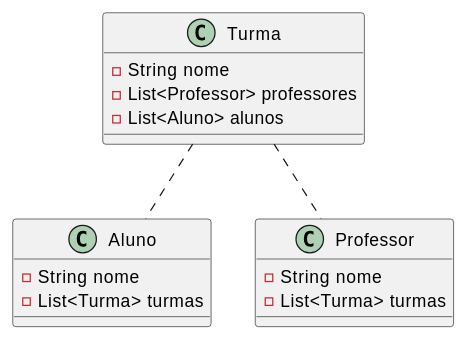
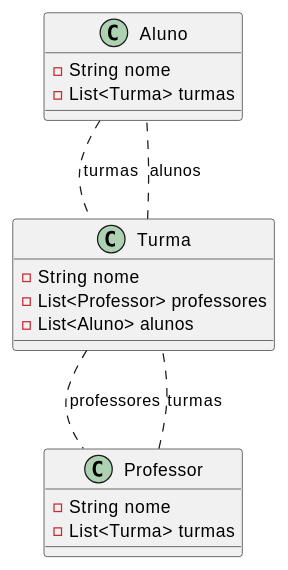
Before and after one commit to 20261-ifba-saj-ads-poo/blog: the diagram in src/posts/exercicios/10_exercicio_modelagem_listas.md, drawn with PlantUML. The commit also changed other lines of this file and 7 other files, not shown here.

````diff
--- a/src/posts/exercicios/10_exercicio_modelagem_listas.md
+++ b/src/posts/exercicios/10_exercicio_modelagem_listas.md
@@ -21,22 +22,24 @@
    ```plantuml
    @startuml
    class Aluno {
    - String nome
    - List<Turma> turmas
    }
 
    class Professor {
    - String nome
    - List<Turma> turmas
    }
 
    class Turma {
    - String nome
    - List<Professor> professores
    - List<Aluno> alunos
    }
-   Turma .. Aluno
-   Turma .. Professor
+   Turma .. Aluno : alunos
+   Turma .. Professor : professores
+   Aluno .. Turma : turmas
+   Professor .. Turma : turmas
    @enduml
 
    ```
````
